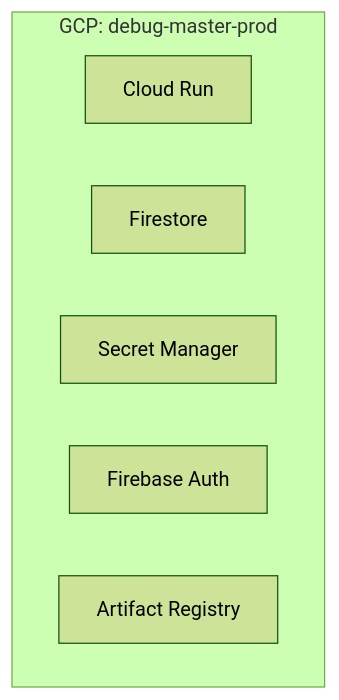
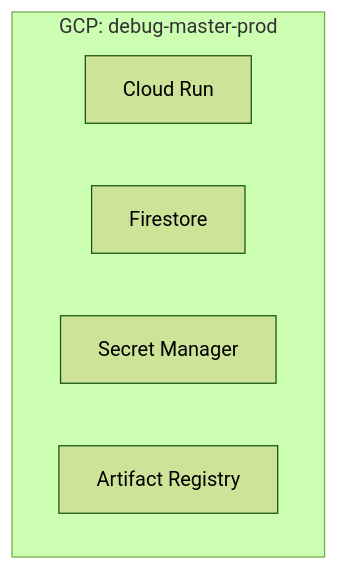
One commit to matsuda-tkm/debug-master changed the first of 3 diagrams in docs-new/infrastructure.md. Above: the diagram before and after it, drawn with Mermaid (forest theme). The commit also changed other lines of this file and 6 other files, not shown here.

Commit message:
docs: Update architecture, security, and migration documentation to reflect the transition from Firebase Authentication to Basic Authentication with user and admin roles, and remove references to the users collection in Firestore.

````diff
--- a/docs-new/infrastructure.md
+++ b/docs-new/infrastructure.md
@@ -27,10 +26,9 @@
 ```mermaid
 graph TB
     subgraph prodProject ["GCP: debug-master-prod"]
         ProdRun["Cloud Run"]
         ProdFS["Firestore"]
         ProdSM["Secret Manager"]
-        ProdAuth["Firebase Auth"]
         AR["Artifact Registry"]
     end
 ```
````
